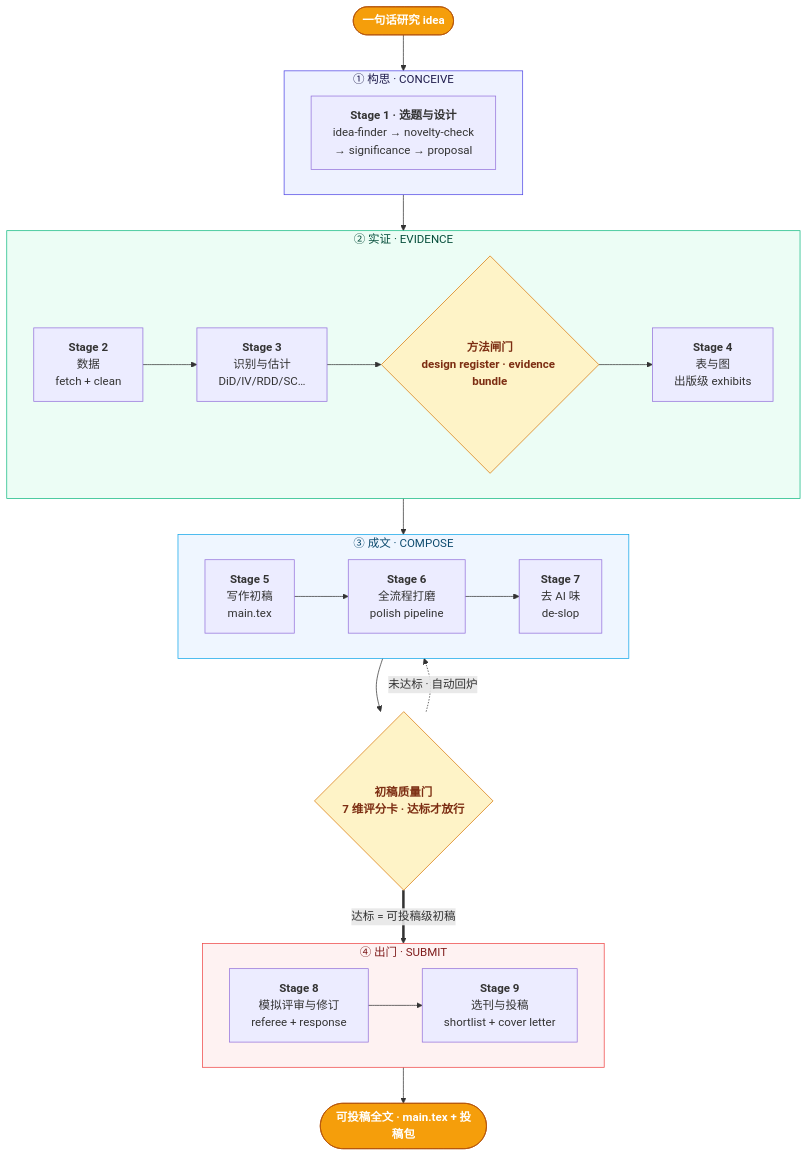
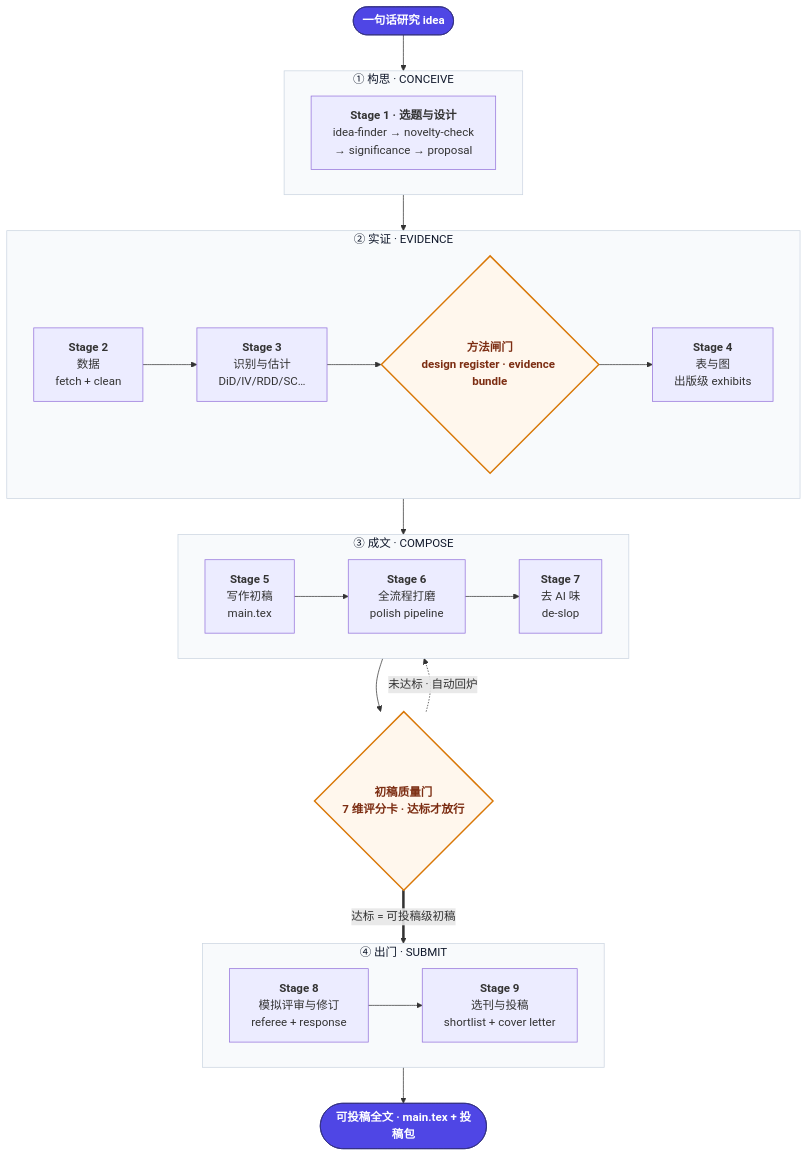
The diagram in README.md (brycewang-stanford/Paper-WorkFlow), drawn with Mermaid before and after one commit. The commit also changed other lines of this file and 4 other files, not shown here.

````diff
--- a/README.md
+++ b/README.md
@@ -54,39 +56,39 @@
 ```mermaid
 flowchart TD
     IDEA(["一句话研究 idea"]):::io
     IDEA --> A
 
     subgraph A ["① 构思 · CONCEIVE"]
       direction LR
       S1["<b>Stage 1 · 选题与设计</b><br/>idea-finder → novelty-check<br/>→ significance → proposal"]
     end
 
     subgraph B ["② 实证 · EVIDENCE"]
       direction LR
       S2["<b>Stage 2</b><br/>数据<br/>fetch + clean"] --> S3["<b>Stage 3</b><br/>识别与估计<br/>DiD/IV/RDD/SC…"] --> MG{"方法闸门<br/>design register · evidence bundle"} --> S4["<b>Stage 4</b><br/>表与图<br/>出版级 exhibits"]
     end
 
     subgraph C ["③ 成文 · COMPOSE"]
       direction LR
       S5["<b>Stage 5</b><br/>写作初稿<br/>main.tex"] --> S6["<b>Stage 6</b><br/>全流程打磨<br/>polish pipeline"] --> S7["<b>Stage 7</b><br/>去 AI 味<br/>de-slop"]
     end
 
     subgraph D ["④ 出门 · SUBMIT"]
       direction LR
       S8["<b>Stage 8</b><br/>模拟评审与修订<br/>referee + response"] --> S9["<b>Stage 9</b><br/>选刊与投稿<br/>shortlist + cover letter"]
     end
 
     A --> B --> C
     C --> QG{"初稿质量门<br/>7 维评分卡 · 达标才放行"}
     QG -.->|未达标 · 自动回炉| C
     QG ==>|达标 = 可投稿级初稿| D
     D --> PAPER(["可投稿全文 · main.tex + 投稿包"]):::io
 
-    classDef io fill:#F59E0B,stroke:#B45309,color:#fff,font-weight:bold;
-    classDef gate fill:#FEF3C7,stroke:#D97706,color:#7C2D12,font-weight:bold;
+    classDef io fill:#4F46E5,stroke:#312E81,color:#fff,font-weight:bold;
+    classDef gate fill:#FFF7ED,stroke:#D97706,color:#7C2D12,font-weight:bold,stroke-width:2px;
     class MG,QG gate;
-    style A fill:#EEF2FF,stroke:#4F46E5,color:#1E1B4B
-    style B fill:#ECFDF5,stroke:#10B981,color:#064E3B
-    style C fill:#EFF6FF,stroke:#0EA5E9,color:#0C4A6E
-    style D fill:#FEF2F2,stroke:#EF4444,color:#7F1D1D
+    style A fill:#F8FAFC,stroke:#CBD5E1,color:#0F172A
+    style B fill:#F8FAFC,stroke:#CBD5E1,color:#0F172A
+    style C fill:#F8FAFC,stroke:#CBD5E1,color:#0F172A
+    style D fill:#F8FAFC,stroke:#CBD5E1,color:#0F172A
 ```
````
